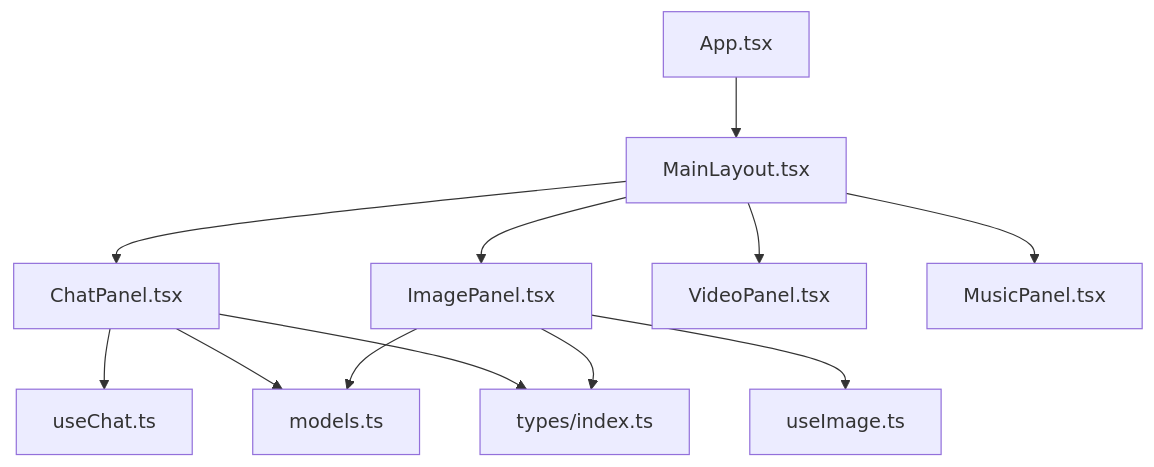
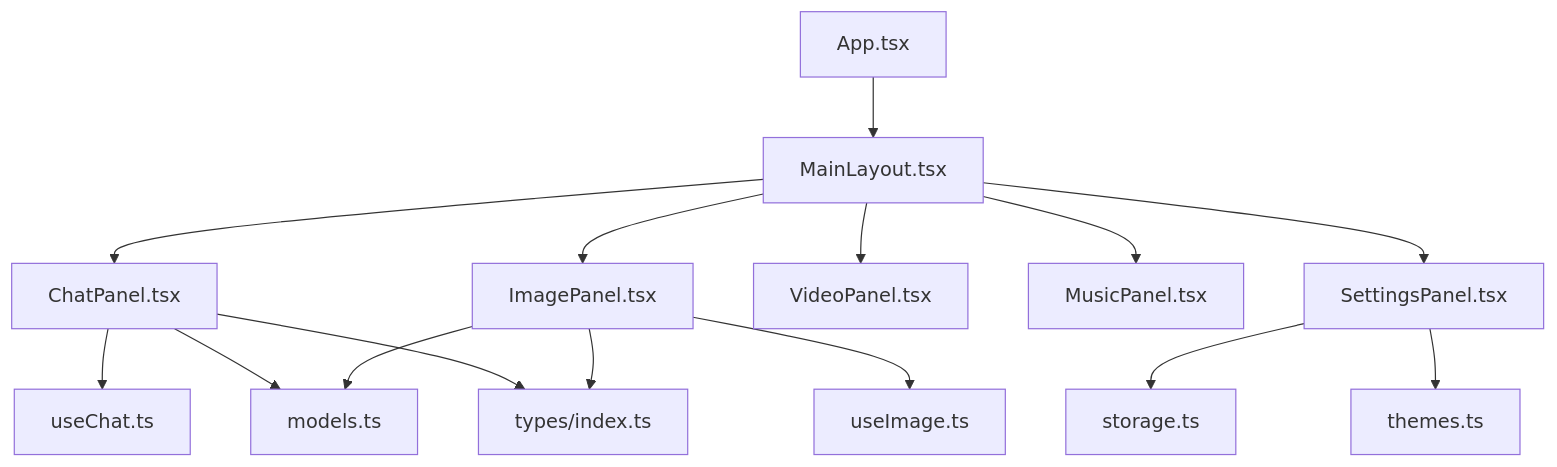
The first of 6 diagrams in .qoder/repowiki/zh/content/架构设计/组件架构设计/功能面板组件/功能面板组件.md (billye220670/AIShop), drawn with Mermaid before and after one commit. The commit also changed other lines of this file and 44 other files, not shown here.

````diff
--- a/.qoder/repowiki/zh/content/架构设计/组件架构设计/功能面板组件/功能面板组件.md
+++ b/.qoder/repowiki/zh/content/架构设计/组件架构设计/功能面板组件/功能面板组件.md
@@ -39,14 +50,17 @@
 ```mermaid
 graph TB
 App["App.tsx"] --> Layout["MainLayout.tsx"]
 Layout --> ChatPanel["ChatPanel.tsx"]
 Layout --> ImagePanel["ImagePanel.tsx"]
 Layout --> VideoPanel["VideoPanel.tsx"]
 Layout --> MusicPanel["MusicPanel.tsx"]
+Layout --> SettingsPanel["SettingsPanel.tsx"]
 ChatPanel --> useChat["useChat.ts"]
 ImagePanel --> useImage["useImage.ts"]
+SettingsPanel --> Storage["storage.ts"]
+SettingsPanel --> Themes["themes.ts"]
 ChatPanel --> Models["models.ts"]
 ImagePanel --> Models
 ChatPanel --> Types["types/index.ts"]
 ImagePanel --> Types
 ```
````
